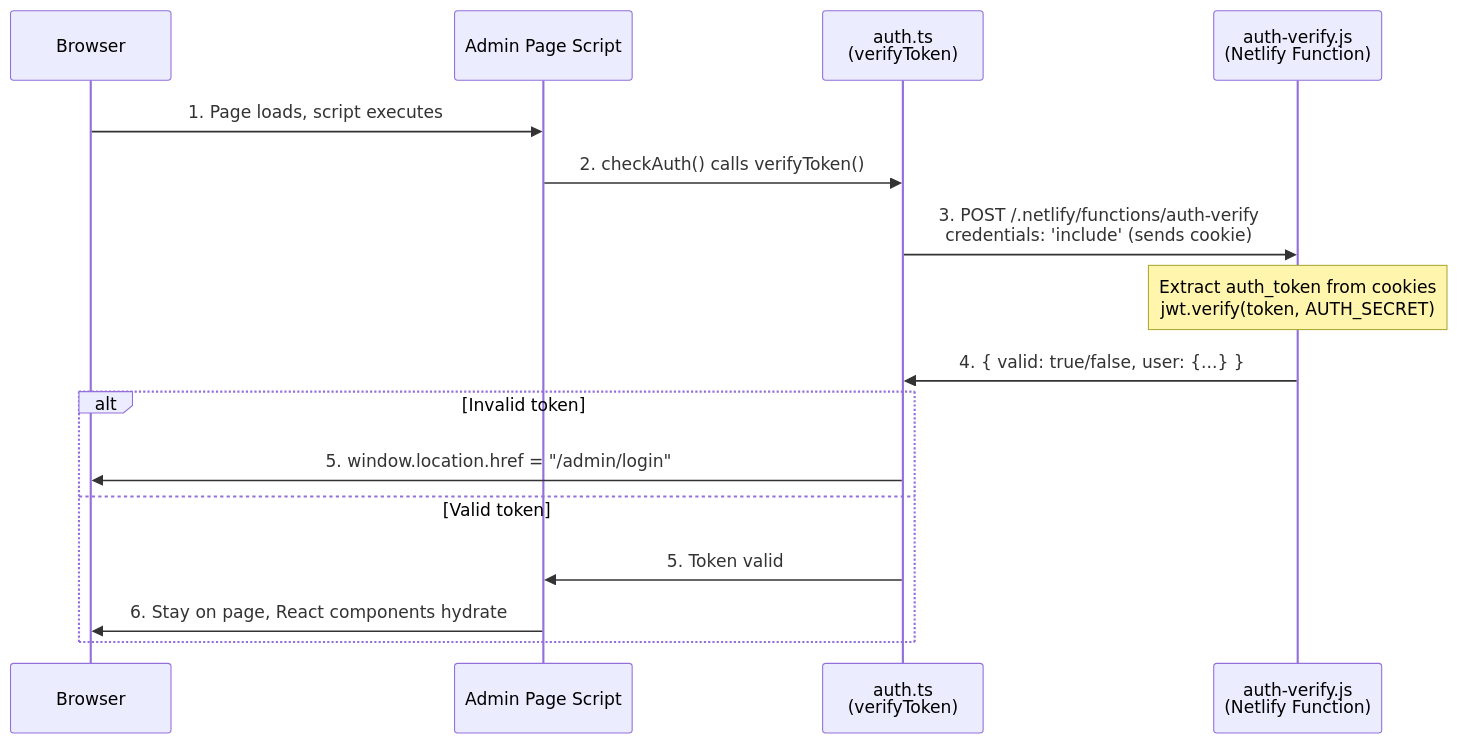
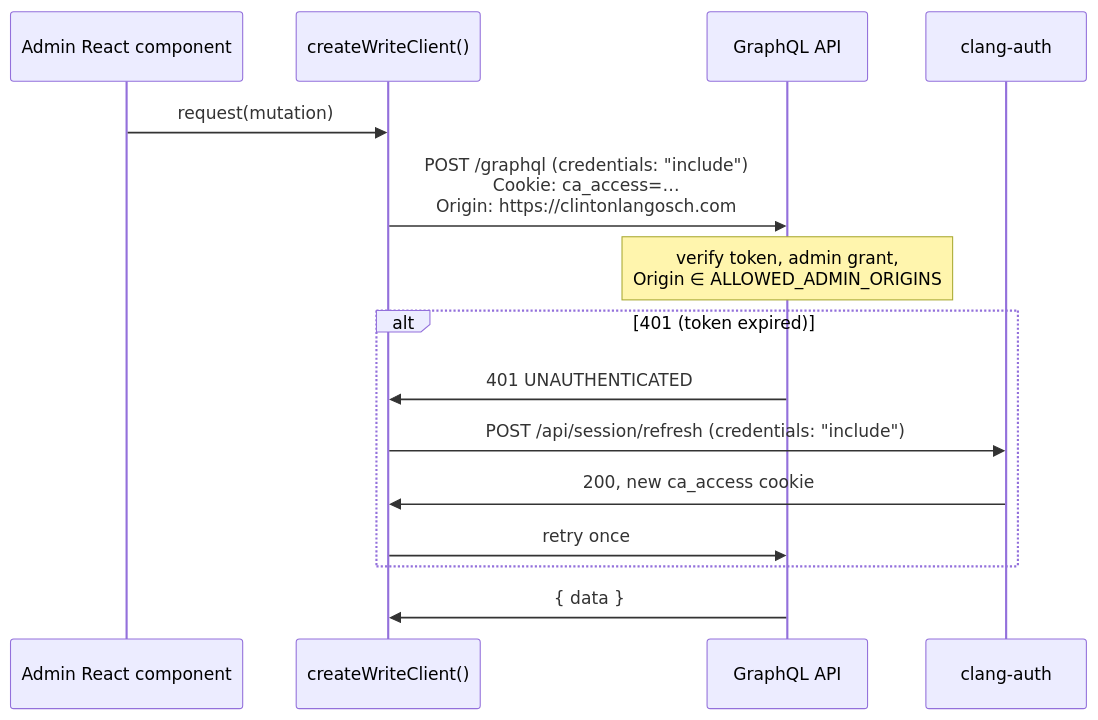
One commit to roadlittledawn/portfolio-site changed the fourth of 5 diagrams in docs/auth-flow-diagram.md. Above: the diagram before and after it, drawn with Mermaid. The commit also changed other lines of this file and 6 other files, not shown here.

First line of the commit message:
docs: document clang-auth sign-in, env vars and the migration plan

````diff
--- a/docs/auth-flow-diagram.md
+++ b/docs/auth-flow-diagram.md
@@ -131,22 +88,18 @@
 ```mermaid
 sequenceDiagram
-    participant Browser as Browser
-    participant Script as Admin Page Script
-    participant Auth as auth.ts<br/>(verifyToken)
-    participant Verify as auth-verify.js<br/>(Netlify Function)
-    
-    Browser->>Script: 1. Page loads, script executes
-    Script->>Auth: 2. checkAuth() calls verifyToken()
-    Auth->>Verify: 3. POST /.netlify/functions/auth-verify<br/>credentials: 'include' (sends cookie)
-    
-    Note over Verify: Extract auth_token from cookies<br/>jwt.verify(token, AUTH_SECRET)
-    
-    Verify->>Auth: 4. { valid: true/false, user: {...} }
-    
-    alt Invalid token
-        Auth->>Browser: 5. window.location.href = "/admin/login"
-    else Valid token
-        Auth->>Script: 5. Token valid
-        Script->>Browser: 6. Stay on page, React components hydrate
+    participant UI as Admin React component
+    participant Client as createWriteClient()
+    participant API as GraphQL API
+    participant Auth as clang-auth
+
+    UI->>Client: request(mutation)
+    Client->>API: POST /graphql (credentials: "include")<br/>Cookie: ca_access=…<br/>Origin: https://clintonlangosch.com
+    Note over API: verify token, admin grant,<br/>Origin ∈ ALLOWED_ADMIN_ORIGINS
+    alt 401 (token expired)
+        API->>Client: 401 UNAUTHENTICATED
+        Client->>Auth: POST /api/session/refresh (credentials: "include")
+        Auth->>Client: 200, new ca_access cookie
+        Client->>API: retry once
     end
+    API->>Client: { data }
 ```
````
